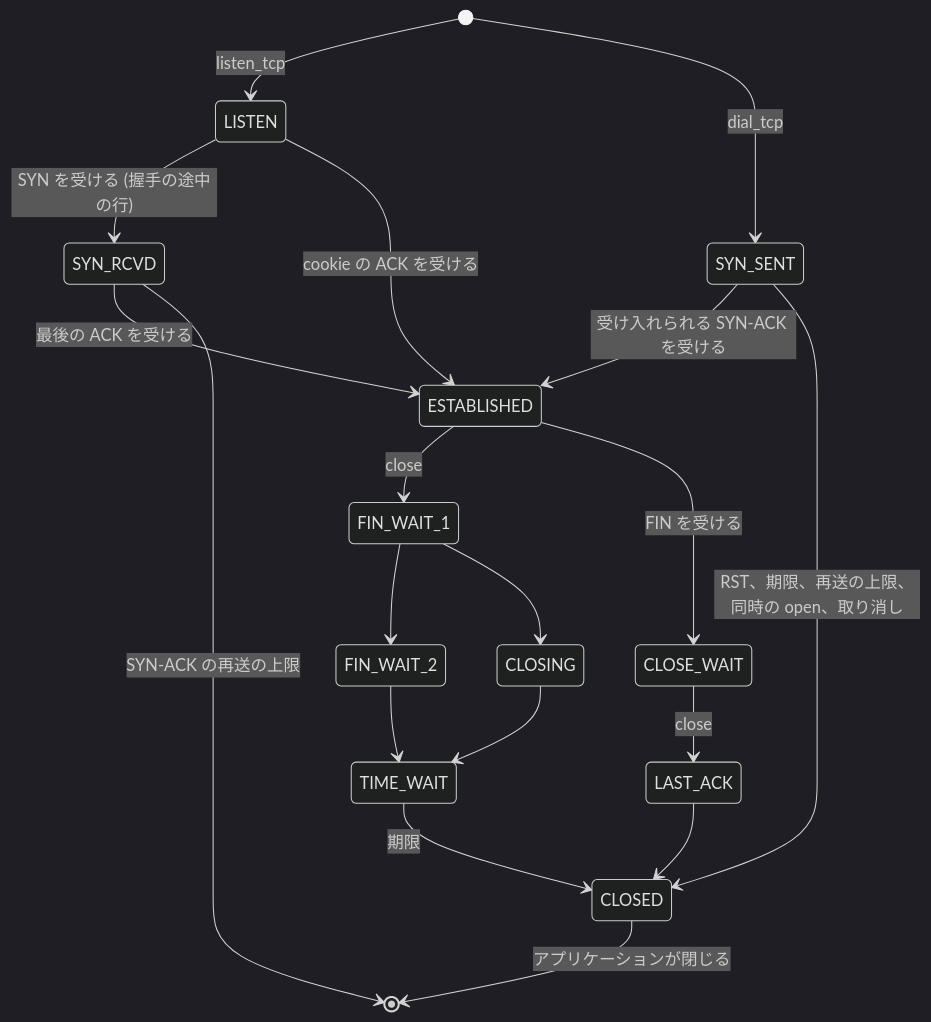
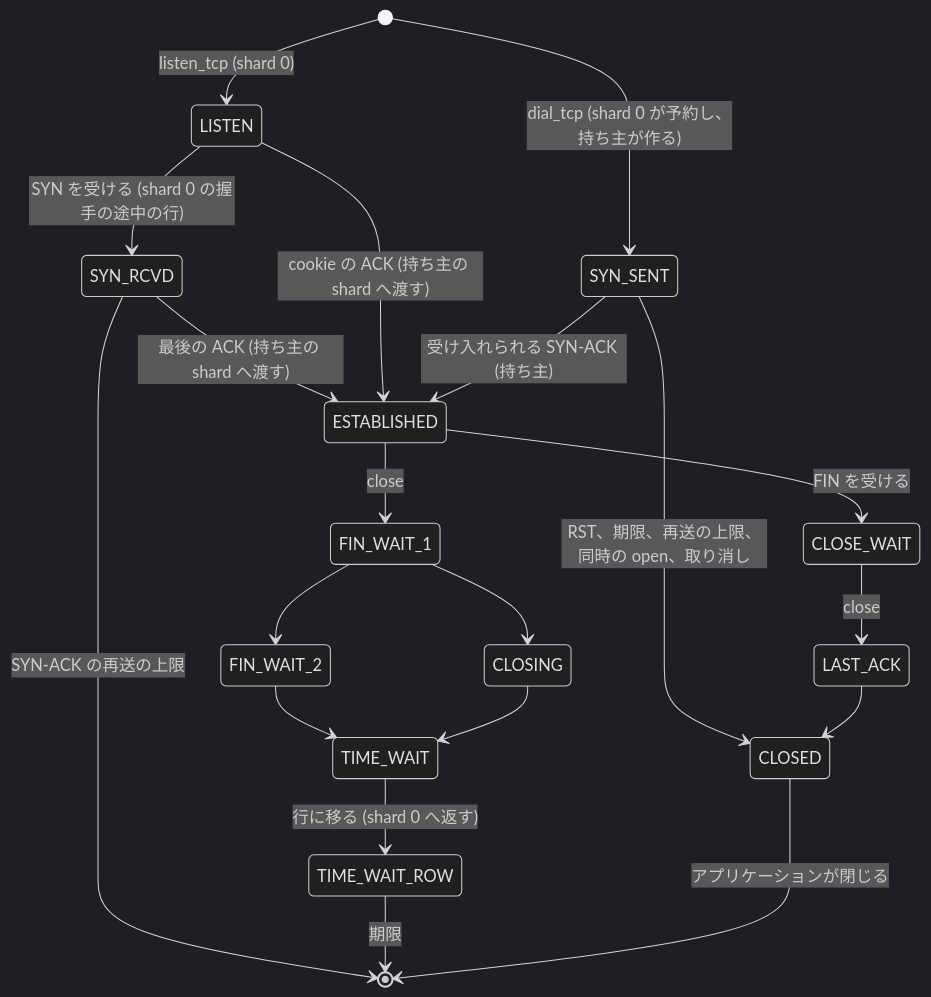
The second of 2 diagrams in docs/design/proposals/parallel-engine/api.md (rahanahu/wgft), drawn with Mermaid (dark theme) before and after one commit. The commit also changed other lines of this file and 6 other files, not shown here.

````diff
--- a/docs/design/proposals/parallel-engine/api.md
+++ b/docs/design/proposals/parallel-engine/api.md
@@ -147,21 +148,22 @@
 ```mermaid
 stateDiagram-v2
-  [*] --> LISTEN: listen_tcp
-  [*] --> SYN_SENT: dial_tcp
-  LISTEN --> SYN_RCVD: SYN を受ける (握手の途中の行)
-  LISTEN --> ESTABLISHED: cookie の ACK を受ける
-  SYN_RCVD --> ESTABLISHED: 最後の ACK を受ける
-  SYN_SENT --> ESTABLISHED: 受け入れられる SYN-ACK を受ける
+  [*] --> LISTEN: listen_tcp (shard 0)
+  [*] --> SYN_SENT: dial_tcp (shard 0 が予約し、持ち主が作る)
+  LISTEN --> SYN_RCVD: SYN を受ける (shard 0 の握手の途中の行)
+  SYN_RCVD --> ESTABLISHED: 最後の ACK (持ち主の shard へ渡す)
+  LISTEN --> ESTABLISHED: cookie の ACK (持ち主の shard へ渡す)
+  SYN_SENT --> ESTABLISHED: 受け入れられる SYN-ACK (持ち主)
   SYN_SENT --> CLOSED: RST、期限、再送の上限、同時の open、取り消し
   SYN_RCVD --> [*]: SYN-ACK の再送の上限
   ESTABLISHED --> FIN_WAIT_1: close
   ESTABLISHED --> CLOSE_WAIT: FIN を受ける
   FIN_WAIT_1 --> FIN_WAIT_2
   FIN_WAIT_1 --> CLOSING
   FIN_WAIT_2 --> TIME_WAIT
   CLOSING --> TIME_WAIT
   CLOSE_WAIT --> LAST_ACK: close
   LAST_ACK --> CLOSED
-  TIME_WAIT --> CLOSED: 期限
+  TIME_WAIT --> TIME_WAIT_ROW: 行に移る (shard 0 へ返す)
+  TIME_WAIT_ROW --> [*]: 期限
   CLOSED --> [*]: アプリケーションが閉じる
 ```
````
